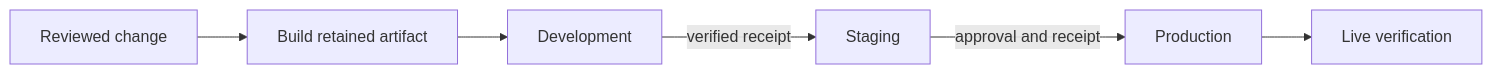
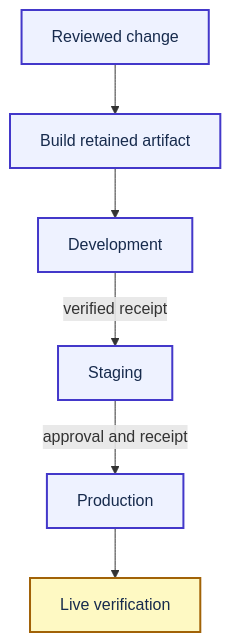
One commit to Acestus/portfolio changed the diagram in site/content/docs/video-promote-fabric-changes-across-environments.md. Above: the diagram before and after it, drawn with Mermaid. The commit also changed 20 other files, not shown here.

Commit message:
Apply Mermaid and Pele style to video guides (#58)

````diff
--- a/site/content/docs/video-promote-fabric-changes-across-environments.md
+++ b/site/content/docs/video-promote-fabric-changes-across-environments.md
@@ -27,8 +27,14 @@
 ```mermaid
-flowchart LR
+flowchart TD
+  accTitle: Promoting Fabric changes safely across environments
   P[Reviewed change] --> A[Build retained artifact]
   A --> D[Development]
   D -->|verified receipt| S[Staging]
   S -->|approval and receipt| R[Production]
   R --> V[Live verification]
+
+  classDef primary fill:#EEF2FF,stroke:#4338CA,color:#172B4D,stroke-width:2px
+  classDef secondary fill:#FEF9C3,stroke:#A16207,color:#172B4D,stroke-width:2px
+  class P,A,D,S,R primary
+  class V secondary
 ```
````
